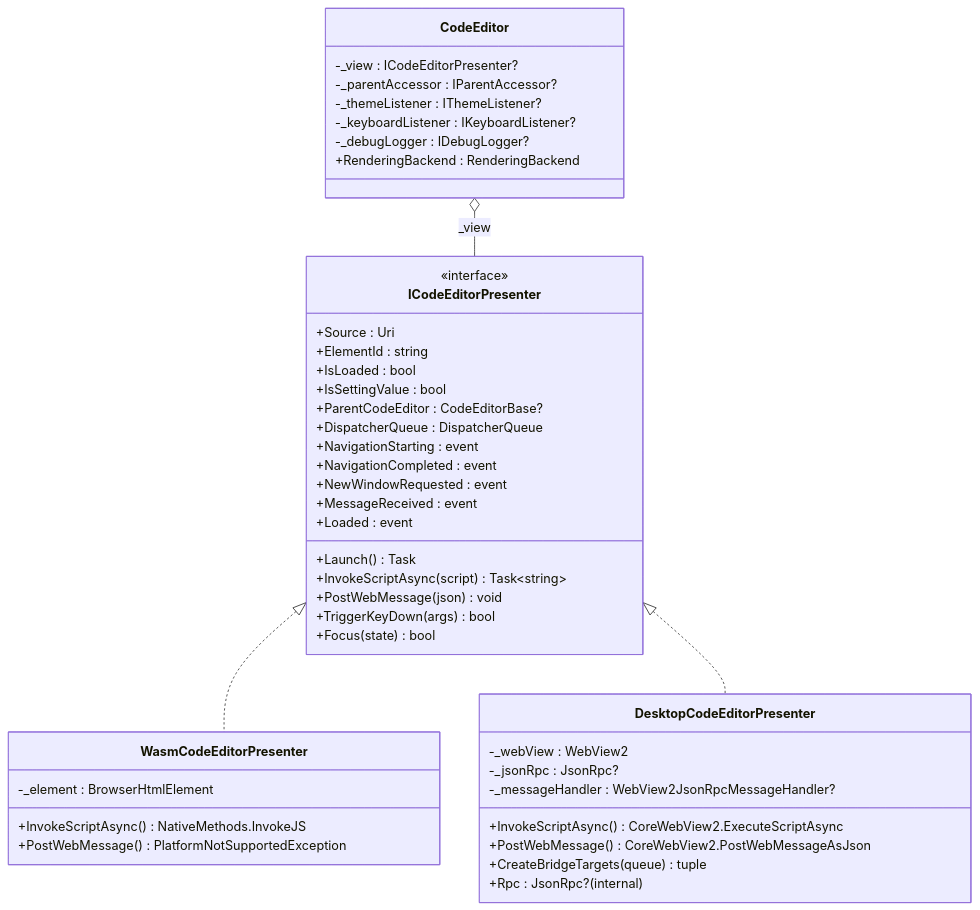
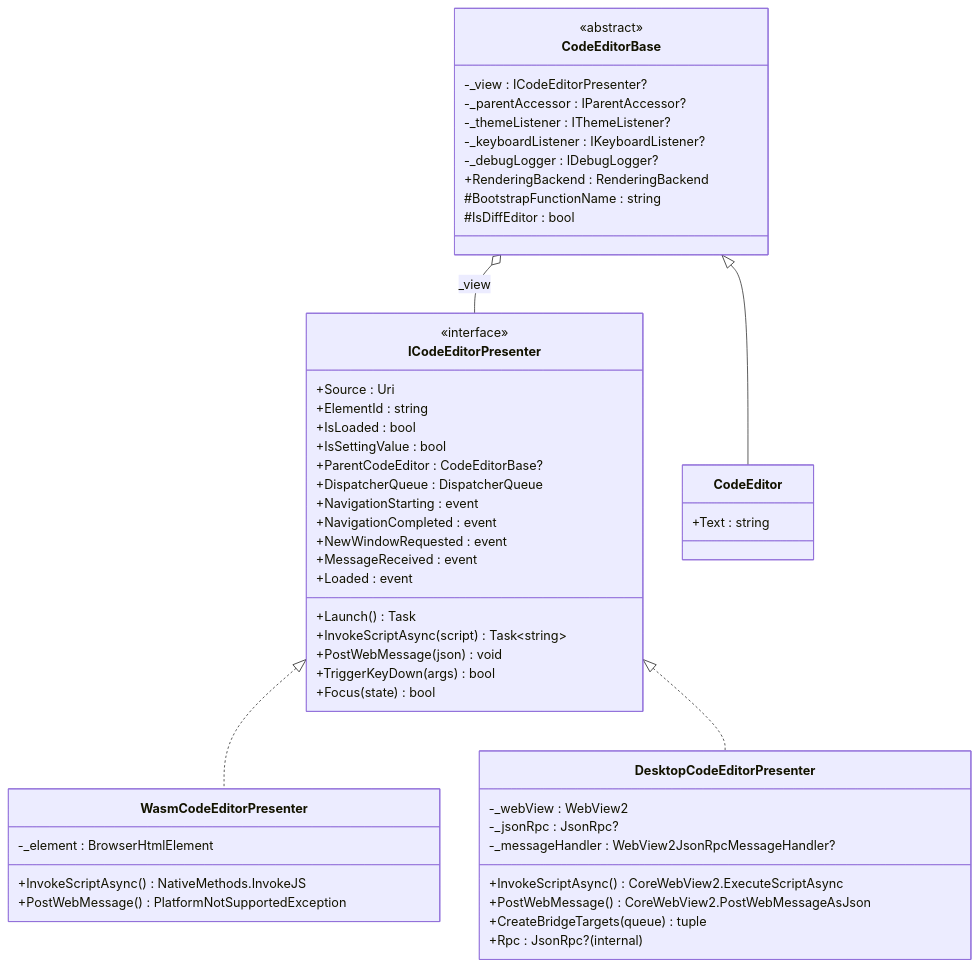
Before and after one commit to unoplatform/uno.monaco.editor: the seventh of 9 diagrams in docs/architecture.md, drawn with Mermaid. The commit also changed other lines of this file, not shown here.

Commit message:
docs: model CodeEditorBase in architecture diagram
The presenter class diagram still modelled _view, _parentAccessor, the
bridge helper listeners and RenderingBackend as members of CodeEditor.
Those now live on CodeEditorBase, with CodeEditor reduced to a thin
subclass carrying only Text. Update the layer table and the API parity
wording to match.

````diff
--- a/docs/architecture.md
+++ b/docs/architecture.md
@@ -216,51 +219,59 @@
 ```mermaid
 classDiagram
     class ICodeEditorPresenter {
         <<interface>>
         +Source : Uri
         +ElementId : string
         +IsLoaded : bool
         +IsSettingValue : bool
         +ParentCodeEditor : CodeEditorBase?
         +DispatcherQueue : DispatcherQueue
         +Launch() Task
         +InvokeScriptAsync(script) Task~string~
         +PostWebMessage(json) void
         +TriggerKeyDown(args) bool
         +Focus(state) bool
         +NavigationStarting : event
         +NavigationCompleted : event
         +NewWindowRequested : event
         +MessageReceived : event
         +Loaded : event
     }
 
     class WasmCodeEditorPresenter {
         -_element : BrowserHtmlElement
         +InvokeScriptAsync() NativeMethods.InvokeJS
         +PostWebMessage() PlatformNotSupportedException
     }
 
     class DesktopCodeEditorPresenter {
         -_webView : WebView2
         -_jsonRpc : JsonRpc?
         -_messageHandler : WebView2JsonRpcMessageHandler?
         +InvokeScriptAsync() CoreWebView2.ExecuteScriptAsync
         +PostWebMessage() CoreWebView2.PostWebMessageAsJson
         +CreateBridgeTargets(queue) tuple
         +Rpc : JsonRpc? (internal)
     }
 
-    class CodeEditor {
+    class CodeEditorBase {
+        <<abstract>>
         -_view : ICodeEditorPresenter?
         -_parentAccessor : IParentAccessor?
         -_themeListener : IThemeListener?
         -_keyboardListener : IKeyboardListener?
         -_debugLogger : IDebugLogger?
         +RenderingBackend : RenderingBackend
+        #BootstrapFunctionName : string
+        #IsDiffEditor : bool
+    }
+
+    class CodeEditor {
+        +Text : string
     }
 
     ICodeEditorPresenter <|.. WasmCodeEditorPresenter
     ICodeEditorPresenter <|.. DesktopCodeEditorPresenter
-    CodeEditor o-- ICodeEditorPresenter : _view
+    CodeEditorBase <|-- CodeEditor
+    CodeEditorBase o-- ICodeEditorPresenter : _view
 ```
````
